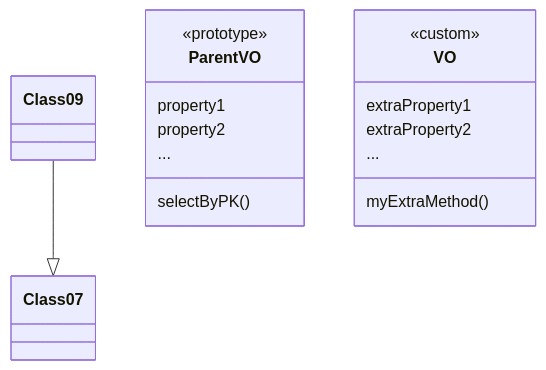
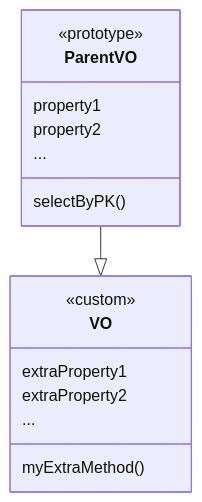
One commit to hotrodorm/hotrod changed the diagram in hotrod-project/docs/quick-docs/crud/value-object-modeling.md. Above: the diagram before and after it, drawn with Mermaid.

````diff
--- a/hotrod-project/docs/quick-docs/crud/value-object-modeling.md
+++ b/hotrod-project/docs/quick-docs/crud/value-object-modeling.md
@@ -12,18 +12,18 @@
 ```mermaid
 classDiagram
-Class09 --|> Class07
+ParentVO --|> VO
 class ParentVO {
   <<prototype>>
   property1
   property2
   ...
   selectByPK()
 }
 class VO {
   <<custom>>
   extraProperty1
   extraProperty2
   ...
   myExtraMethod()
 }
 ```
````
